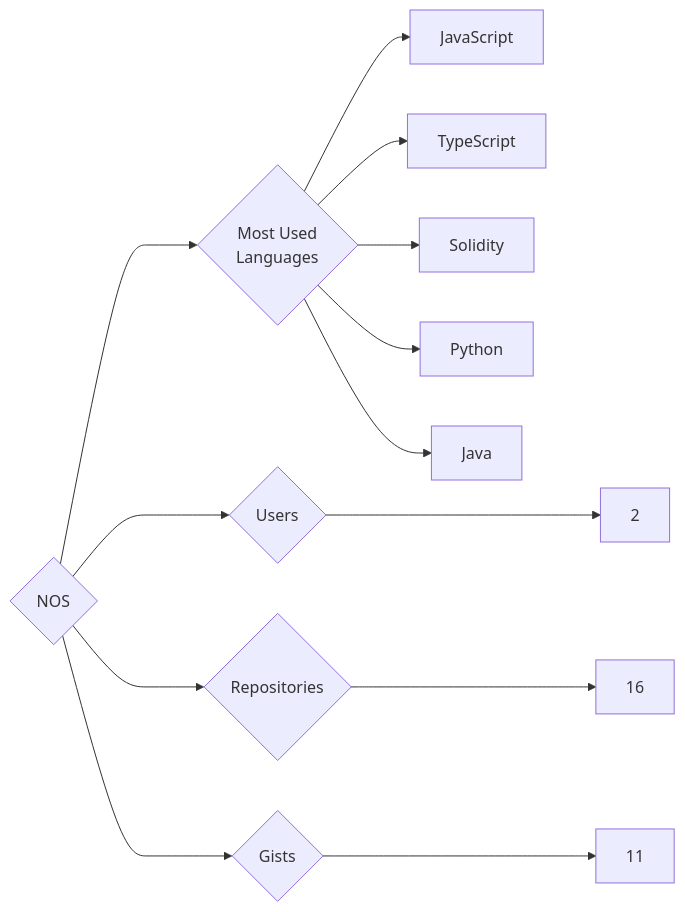
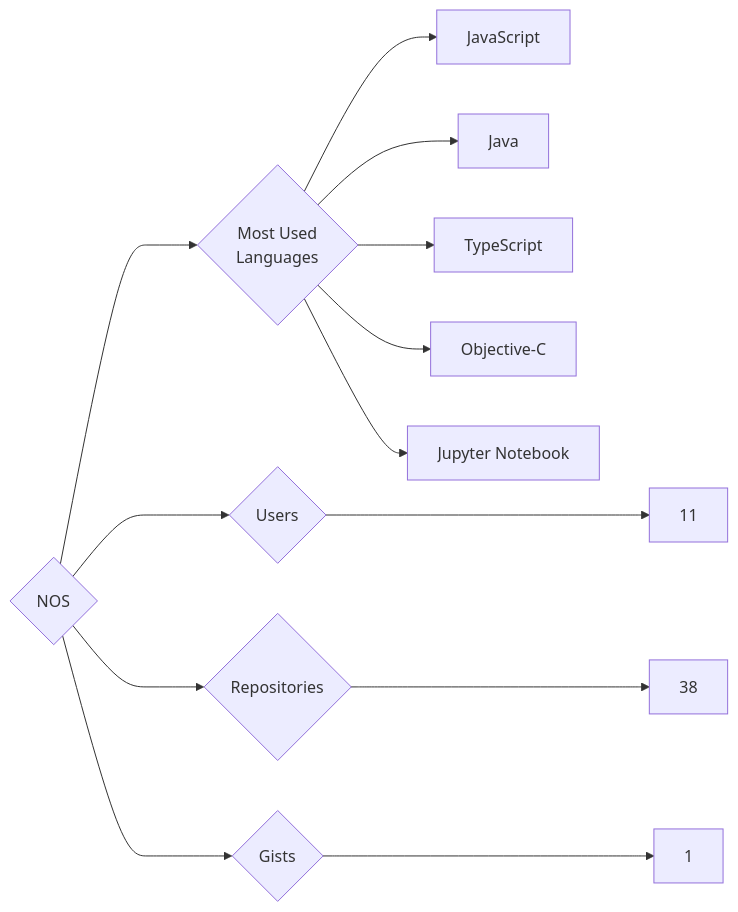
One commit to trickest/insiders changed the diagram in targets/NOS/README.md. Above: the diagram before and after it, drawn with Mermaid. The commit also changed 1696 other files, not shown here.

````diff
--- a/targets/NOS/README.md
+++ b/targets/NOS/README.md
@@ -3,13 +3,13 @@
 ```mermaid
 graph LR
 COMPANY_NAME{NOS}
-COMPANY_NAME ---> U{Users} ---> UN[2]
-COMPANY_NAME ---> R{Repositories} ---> RN[16]
-COMPANY_NAME ---> G{Gists} ---> GN[11]
+COMPANY_NAME ---> U{Users} ---> UN[11]
+COMPANY_NAME ---> R{Repositories} ---> RN[38]
+COMPANY_NAME ---> G{Gists} ---> GN[1]
 COMPANY_NAME ---> ML{Most Used<br>Languages}
 ML --> JavaScript[JavaScript]
+ML --> Java[Java]
 ML --> TypeScript[TypeScript]
-ML --> Solidity[Solidity]
-ML --> Python[Python]
-ML --> Java[Java]
+ML --> Objective-C[Objective-C]
+ML --> Jupyter_Notebook[Jupyter Notebook]
 ```
````
